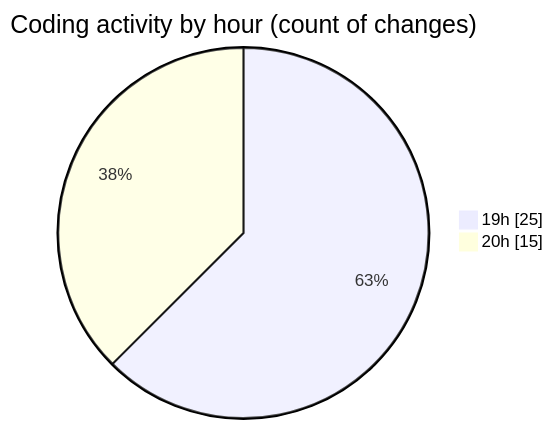
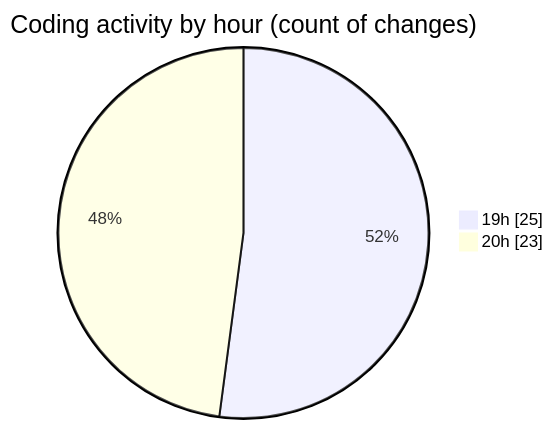
One commit to EIIisD/code-tracking changed the second of 2 diagrams in 2025-08-06/remakes/README.md. Above: the diagram before and after it, drawn with Mermaid. The commit also changed other lines of this file and 1 other file, not shown here.

````diff
--- a/2025-08-06/remakes/README.md
+++ b/2025-08-06/remakes/README.md
@@ -49,6 +49,6 @@
 ```mermaid
 pie showData
 title Coding activity by hour (count of changes)
 "19h" : 25
-"20h" : 15
+"20h" : 23
 ```
````
